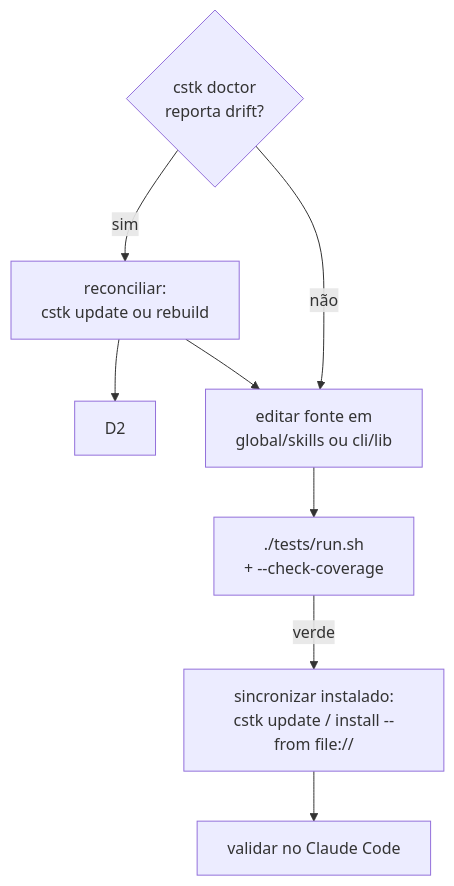
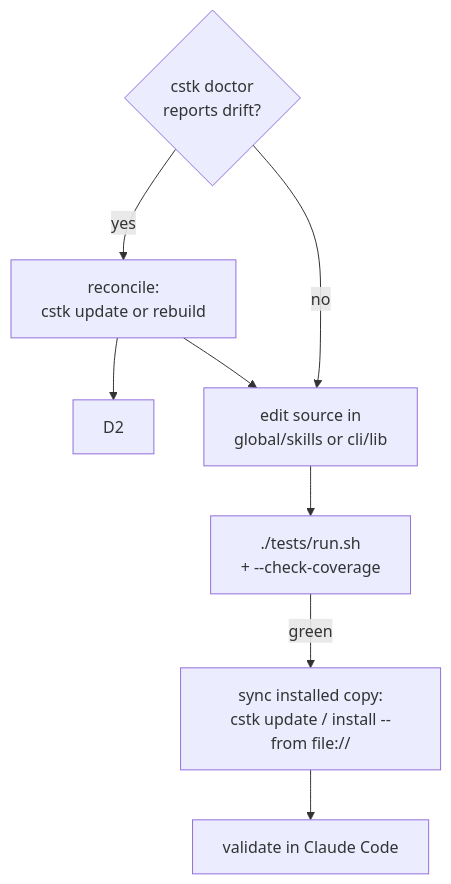
The third of 3 diagrams in CONTRIBUTING.md (JotJunior/cstk), drawn with Mermaid before and after one commit. The commit also changed other lines of this file and 23 other files, not shown here.

````diff
--- a/CONTRIBUTING.md
+++ b/CONTRIBUTING.md
@@ -81,9 +85,9 @@
 ```mermaid
 flowchart TD
-    D1{cstk doctor<br/>reporta drift?} -->|sim| R[reconciliar:<br/>cstk update ou rebuild] --> D2
-    D1 -->|não| E[editar fonte em<br/>global/skills ou cli/lib]
+    D1{cstk doctor<br/>reports drift?} -->|yes| R[reconcile:<br/>cstk update or rebuild] --> D2
+    D1 -->|no| E[edit source in<br/>global/skills or cli/lib]
     R --> E
     E --> T[./tests/run.sh<br/>+ --check-coverage]
-    T -->|verde| SYNC[sincronizar instalado:<br/>cstk update / install --from file://]
-    SYNC --> V[validar no Claude Code]
+    T -->|green| SYNC[sync installed copy:<br/>cstk update / install --from file://]
+    SYNC --> V[validate in Claude Code]
 ```
````
